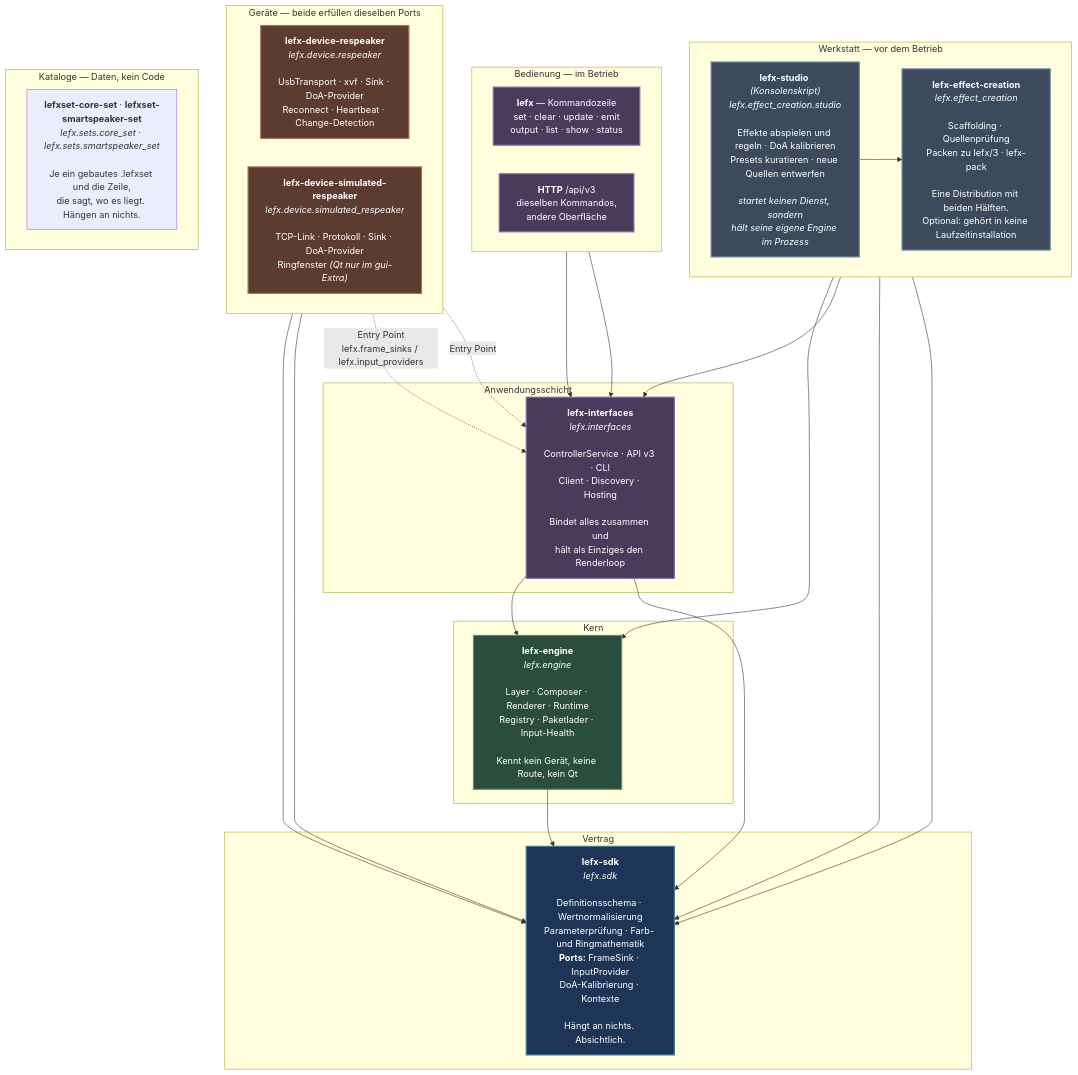
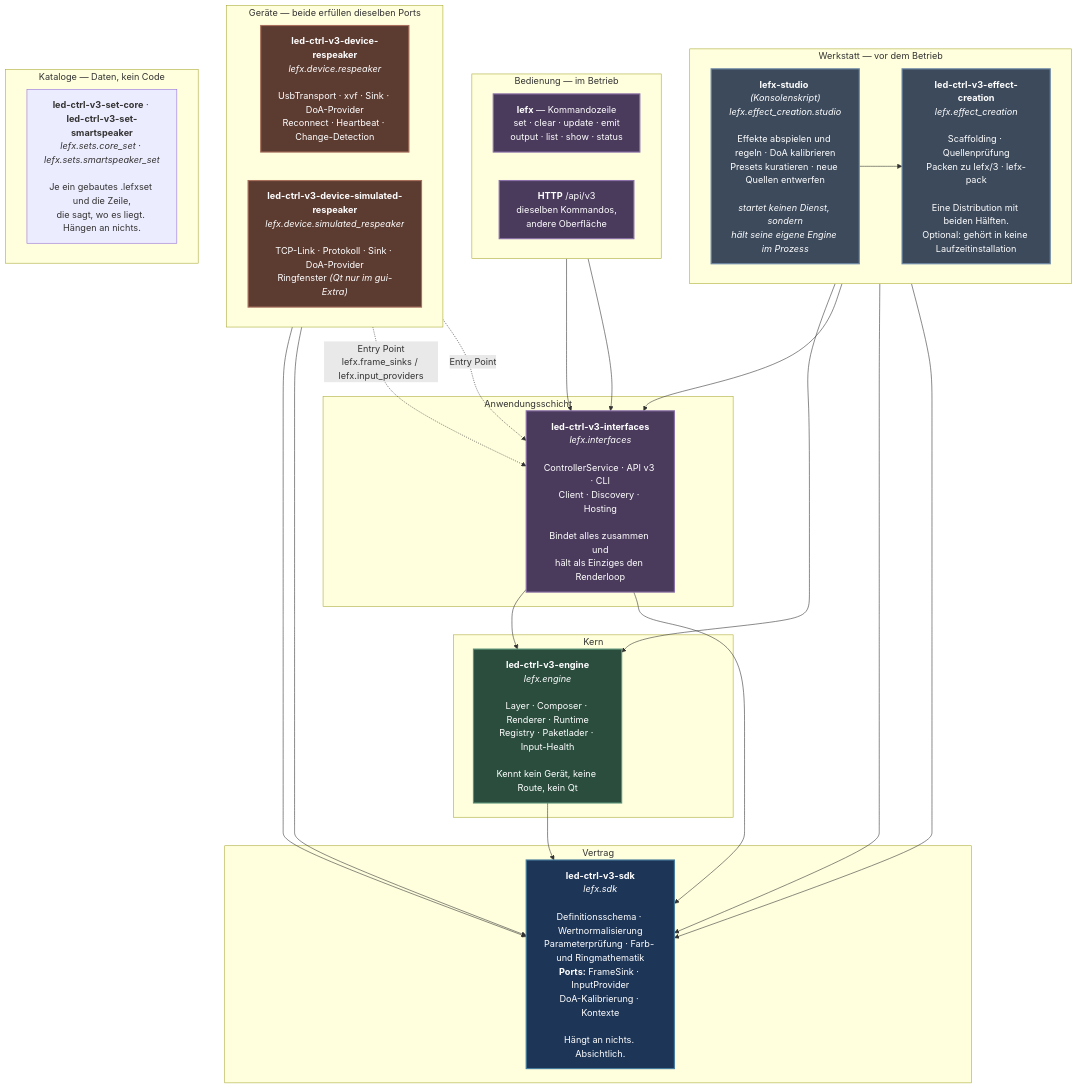
The first of 5 diagrams in docs/index.md (marcosudau-vps/led_controller_respeaker-v3), drawn with Mermaid before and after one commit. The commit also changed other lines of this file and 131 other files, not shown here.

````diff
--- a/docs/index.md
+++ b/docs/index.md
@@ -12,66 +12,66 @@
 ```mermaid
 flowchart TB
     classDef contract fill:#1d3557,stroke:#457b9d,color:#fff,stroke-width:2px
     classDef core fill:#2a4d3e,stroke:#5b9279,color:#fff,stroke-width:2px
     classDef app fill:#4a3b5c,stroke:#8a6fa8,color:#fff,stroke-width:2px
     classDef device fill:#5c3b31,stroke:#a86f5c,color:#fff,stroke-width:2px
     classDef tool fill:#3c4a5c,stroke:#6f8aa8,color:#fff,stroke-width:2px
 
     subgraph BEDIENUNG["Bedienung — im Betrieb"]
         direction LR
         CLI["<b>lefx</b> — Kommandozeile<br/>set · clear · update · emit<br/>output · list · show · status"]
         REST["<b>HTTP</b> /api/v3<br/>dieselben Kommandos,<br/>andere Oberfläche"]
     end
 
     subgraph ANWENDUNG["Anwendungsschicht"]
-        IFACE["<b>lefx-interfaces</b><br/><i>lefx.interfaces</i><br/><br/>ControllerService · API v3 · CLI<br/>Client · Discovery · Hosting<br/><br/>Bindet alles zusammen und<br/>hält als Einziges den Renderloop"]
+        IFACE["<b>led-ctrl-v3-interfaces</b><br/><i>lefx.interfaces</i><br/><br/>ControllerService · API v3 · CLI<br/>Client · Discovery · Hosting<br/><br/>Bindet alles zusammen und<br/>hält als Einziges den Renderloop"]
     end
 
     subgraph WERKZEUG["Werkstatt — vor dem Betrieb"]
         direction LR
         GUI["<b>lefx-studio</b> <i>(Konsolenskript)</i><br/><i>lefx.effect_creation.studio</i><br/><br/>Effekte abspielen und regeln · DoA kalibrieren<br/>Presets kuratieren · neue Quellen entwerfen<br/><br/><i>startet keinen Dienst, sondern<br/>hält seine eigene Engine im Prozess</i>"]
-        AUTH["<b>lefx-effect-creation</b><br/><i>lefx.effect_creation</i><br/><br/>Scaffolding · Quellenprüfung<br/>Packen zu lefx/3 · lefx-pack<br/><br/>Eine Distribution mit beiden Hälften.<br/>Optional: gehört in keine Laufzeitinstallation"]
+        AUTH["<b>led-ctrl-v3-effect-creation</b><br/><i>lefx.effect_creation</i><br/><br/>Scaffolding · Quellenprüfung<br/>Packen zu lefx/3 · lefx-pack<br/><br/>Eine Distribution mit beiden Hälften.<br/>Optional: gehört in keine Laufzeitinstallation"]
     end
 
     subgraph KERN["Kern"]
-        ENGINE["<b>lefx-engine</b><br/><i>lefx.engine</i><br/><br/>Layer · Composer · Renderer · Runtime<br/>Registry · Paketlader · Input-Health<br/><br/>Kennt kein Gerät, keine Route, kein Qt"]
+        ENGINE["<b>led-ctrl-v3-engine</b><br/><i>lefx.engine</i><br/><br/>Layer · Composer · Renderer · Runtime<br/>Registry · Paketlader · Input-Health<br/><br/>Kennt kein Gerät, keine Route, kein Qt"]
     end
 
     subgraph VERTRAG["Vertrag"]
-        SDK["<b>lefx-sdk</b><br/><i>lefx.sdk</i><br/><br/>Definitionsschema · Wertnormalisierung<br/>Parameterprüfung · Farb- und Ringmathematik<br/><b>Ports:</b> FrameSink · InputProvider<br/>DoA-Kalibrierung · Kontexte<br/><br/>Hängt an nichts. Absichtlich."]
+        SDK["<b>led-ctrl-v3-sdk</b><br/><i>lefx.sdk</i><br/><br/>Definitionsschema · Wertnormalisierung<br/>Parameterprüfung · Farb- und Ringmathematik<br/><b>Ports:</b> FrameSink · InputProvider<br/>DoA-Kalibrierung · Kontexte<br/><br/>Hängt an nichts. Absichtlich."]
     end
 
     subgraph GERAETE["Geräte — beide erfüllen dieselben Ports"]
         direction LR
-        DEV["<b>lefx-device-respeaker</b><br/><i>lefx.device.respeaker</i><br/><br/>UsbTransport · xvf · Sink · DoA-Provider<br/>Reconnect · Heartbeat · Change-Detection"]
-        SIM["<b>lefx-device-simulated-respeaker</b><br/><i>lefx.device.simulated_respeaker</i><br/><br/>TCP-Link · Protokoll · Sink · DoA-Provider<br/>Ringfenster <i>(Qt nur im gui-Extra)</i>"]
+        DEV["<b>led-ctrl-v3-device-respeaker</b><br/><i>lefx.device.respeaker</i><br/><br/>UsbTransport · xvf · Sink · DoA-Provider<br/>Reconnect · Heartbeat · Change-Detection"]
+        SIM["<b>led-ctrl-v3-device-simulated-respeaker</b><br/><i>lefx.device.simulated_respeaker</i><br/><br/>TCP-Link · Protokoll · Sink · DoA-Provider<br/>Ringfenster <i>(Qt nur im gui-Extra)</i>"]
     end
 
     subgraph KATALOG["Kataloge — Daten, kein Code"]
-        SETS["<b>lefxset-core-set</b> · <b>lefxset-smartspeaker-set</b><br/><i>lefx.sets.core_set</i> · <i>lefx.sets.smartspeaker_set</i><br/><br/>Je ein gebautes .lefxset und die Zeile,<br/>die sagt, wo es liegt. Hängen an nichts."]
+        SETS["<b>led-ctrl-v3-set-core</b> · <b>led-ctrl-v3-set-smartspeaker</b><br/><i>lefx.sets.core_set</i> · <i>lefx.sets.smartspeaker_set</i><br/><br/>Je ein gebautes .lefxset und die Zeile,<br/>die sagt, wo es liegt. Hängen an nichts."]
     end
 
     CLI --> IFACE
     REST --> IFACE
 
     IFACE --> ENGINE
     AUTH --> ENGINE
     GUI --> AUTH
     GUI --> IFACE
     ENGINE --> SDK
     IFACE --> SDK
     AUTH --> SDK
     GUI --> SDK
 
     DEV --> SDK
     SIM --> SDK
 
     DEV -.->|"Entry Point<br/>lefx.frame_sinks / lefx.input_providers"| IFACE
     SIM -.->|"Entry Point"| IFACE
 
     class SDK contract
     class ENGINE core
     class IFACE,CLI,REST app
     class GUI,AUTH tool
     class DEV,SIM device
 ```
````
